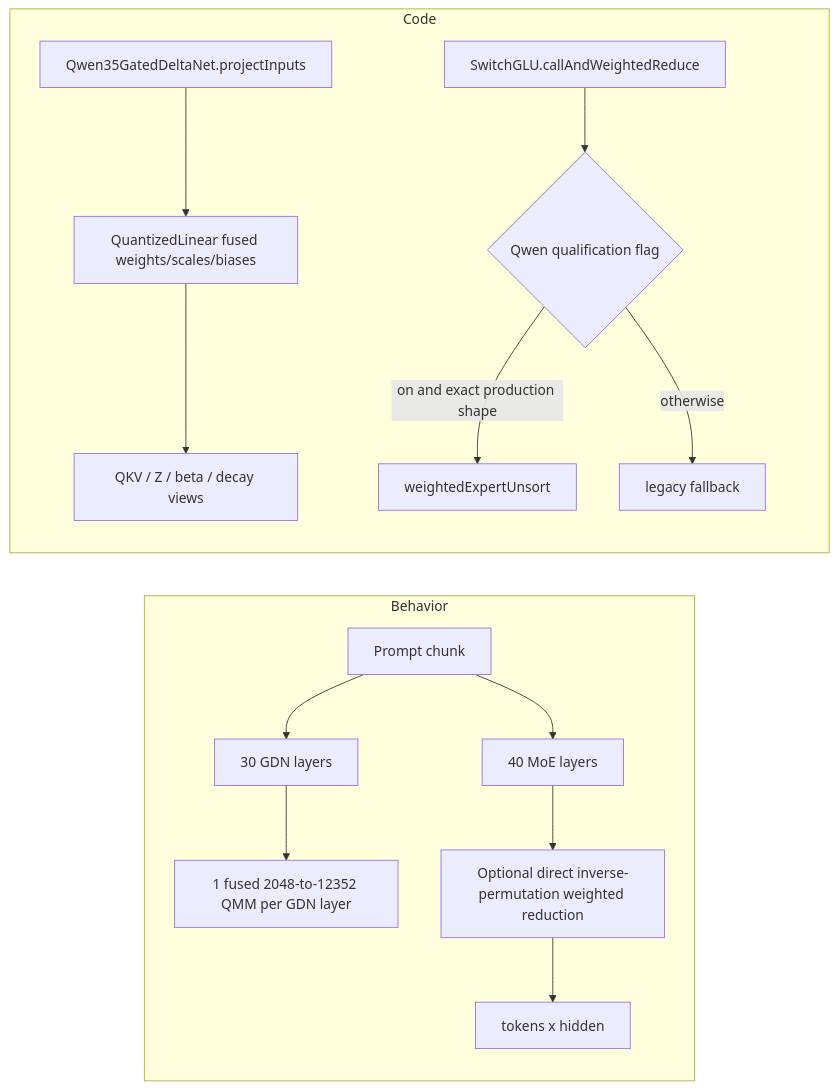
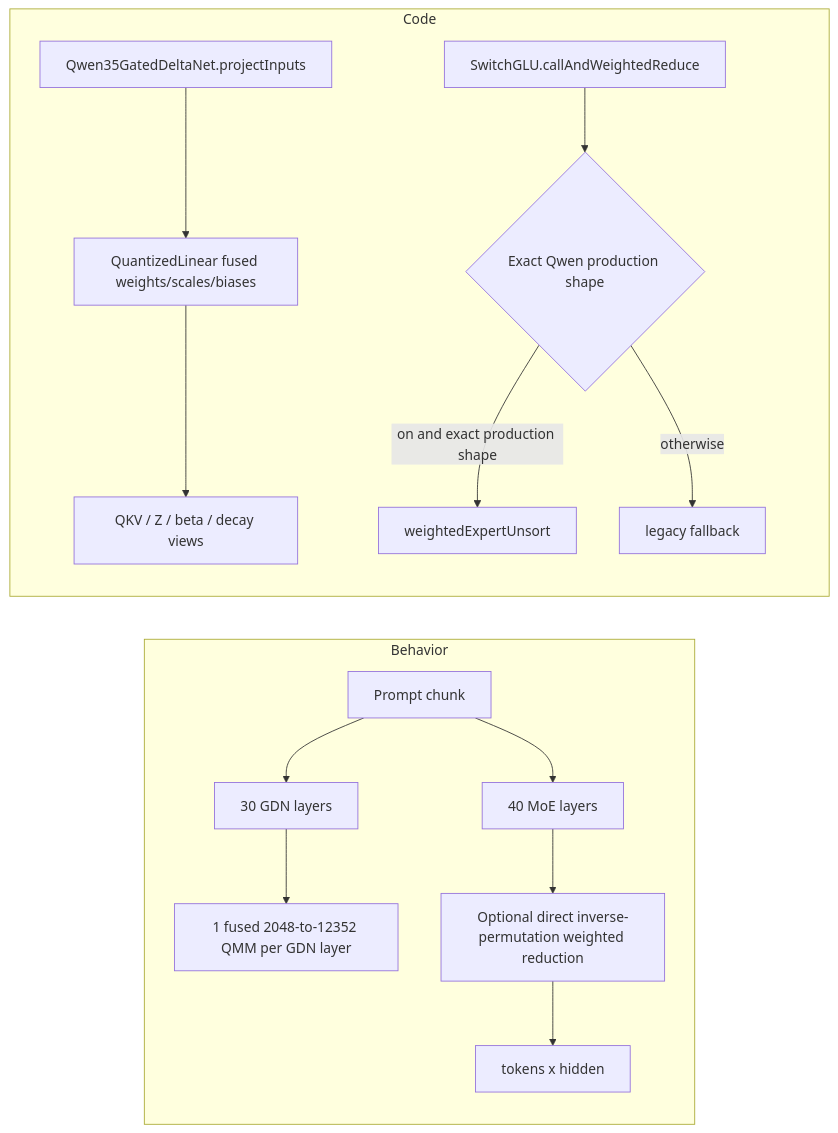
One commit to Layr-Labs/d-inference changed the second of 2 diagrams in docs/reports/2026-08-21-qwen-prefill-retained-pr-body.md. Above: the diagram before and after it, drawn with Mermaid. The commit also changed other lines of this file and 1 other file, not shown here.

Commit message:
perf(qwen): enable retained prefill improvements by default

````diff
--- a/docs/reports/2026-08-21-qwen-prefill-retained-pr-body.md
+++ b/docs/reports/2026-08-21-qwen-prefill-retained-pr-body.md
@@ -35,17 +35,17 @@
 ```mermaid
 flowchart LR
   subgraph Behavior_after[Behavior]
     P2[Prompt chunk] --> G2[30 GDN layers]
     G2 --> A2[1 fused 2048-to-12352 QMM per GDN layer]
     P2 --> M2[40 MoE layers]
     M2 --> R2[Optional direct inverse-permutation weighted reduction]
     R2 --> O2[tokens x hidden]
   end
   subgraph Code_after[Code]
     Q2[Qwen35GatedDeltaNet.projectInputs] --> Fused[QuantizedLinear fused weights/scales/biases]
     Fused --> Views[QKV / Z / beta / decay views]
-    S2[SwitchGLU.callAndWeightedReduce] --> Gate{Qwen qualification flag}
+    S2[SwitchGLU.callAndWeightedReduce] --> Gate{Exact Qwen production shape}
     Gate -->|on and exact production shape| Direct[weightedExpertUnsort]
     Gate -->|otherwise| Legacy2[legacy fallback]
   end
 ```
````
